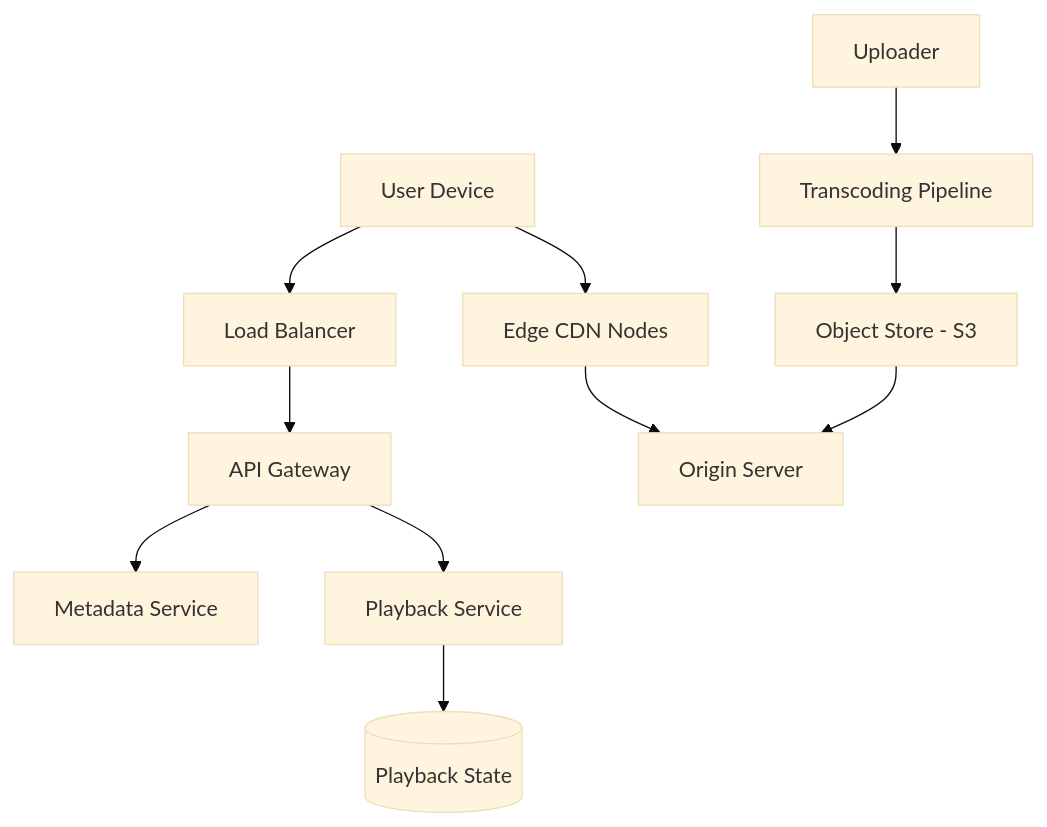
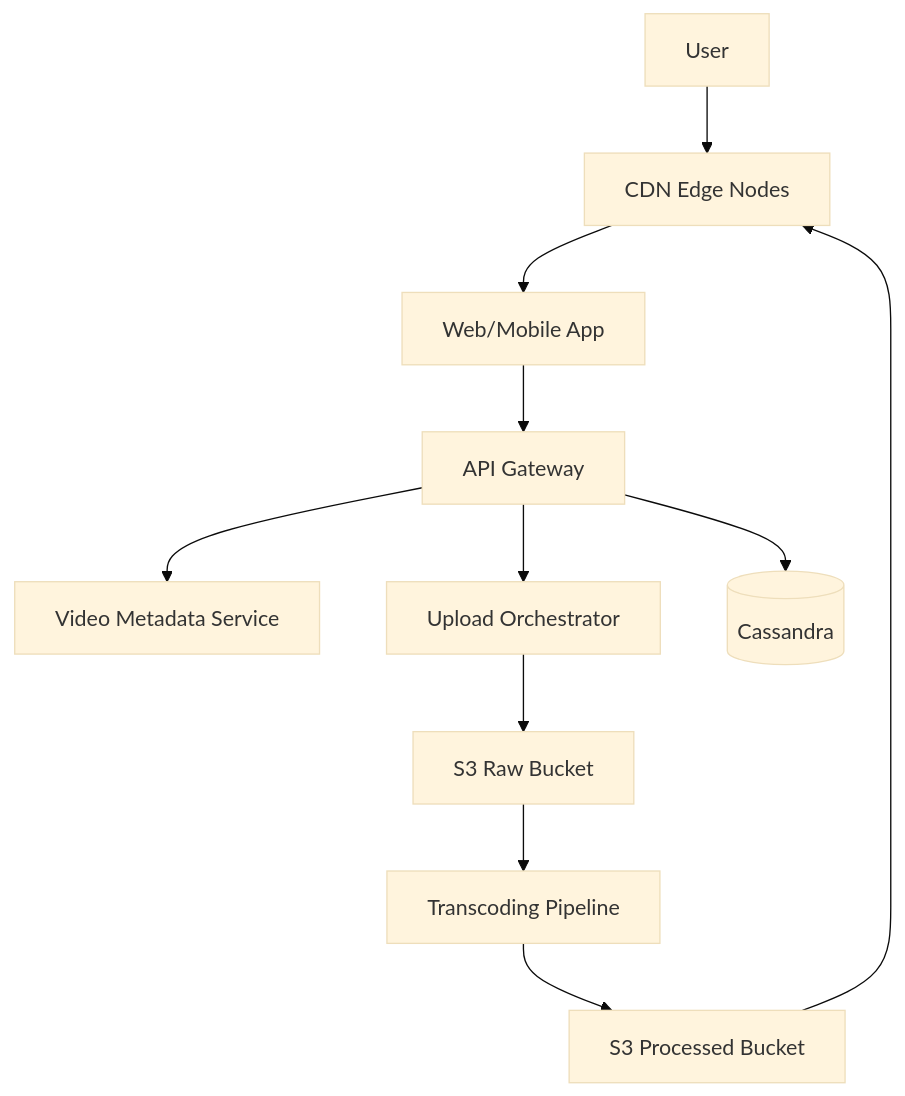
One commit to nahezsakharkar/interview-prep changed the diagram in 06-system-design/case-study-video-streaming.md. Above: the diagram before and after it, drawn with Mermaid (base theme). The commit also changed other lines of this file and 3 other files, not shown here.

````diff
--- a/06-system-design/case-study-video-streaming.md
+++ b/06-system-design/case-study-video-streaming.md
@@ -28,16 +50,13 @@
 ```mermaid
 flowchart TD
-    User[User Device] --> LB[Load Balancer]
-    LB --> API[API Gateway]
-    API --> MetaSrv[Metadata Service]
-    
-    User --> CDN[Edge CDN Nodes]
-    CDN --> Origin[Origin Server]
-    
-    Upload[Uploader] --> TranscodeSrv[Transcoding Pipeline]
-    TranscodeSrv --> S3[Object Store - S3]
-    S3 --> Origin
-    
-    API --> PlaybackSrv[Playback Service]
-    PlaybackSrv --> Redis[(Playback State)]
+    User --> CDN[CDN Edge Nodes]
+    CDN --> Frontend[Web/Mobile App]
+    Frontend --> API[API Gateway]
+    API --> VideoService[Video Metadata Service]
+    API --> UploadService[Upload Orchestrator]
+    UploadService --> S3_Raw[S3 Raw Bucket]
+    S3_Raw --> Transcoder[Transcoding Pipeline]
+    Transcoder --> S3_Processed[S3 Processed Bucket]
+    S3_Processed --> CDN
+    API --> ProgressDB[(Cassandra)]
 ```
````
